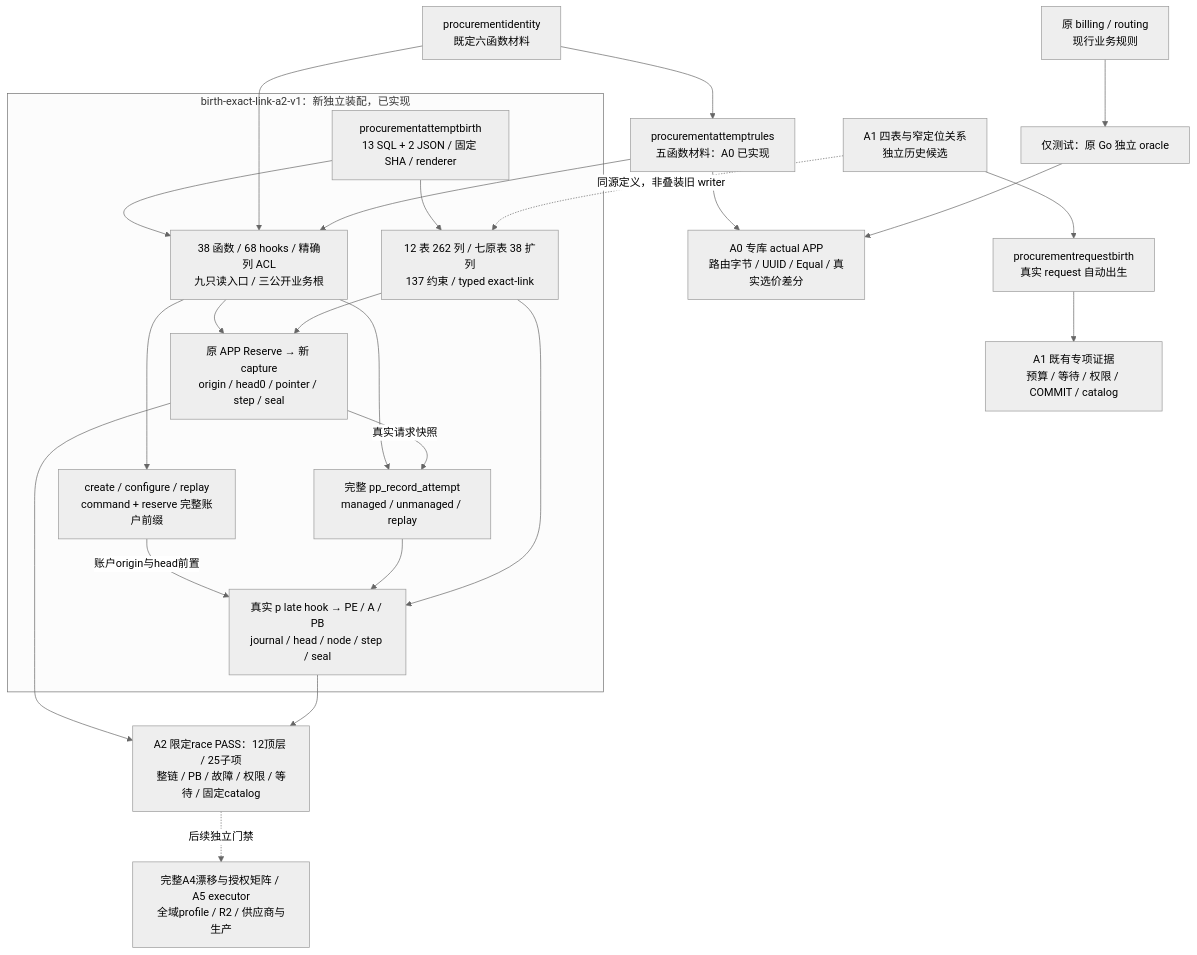
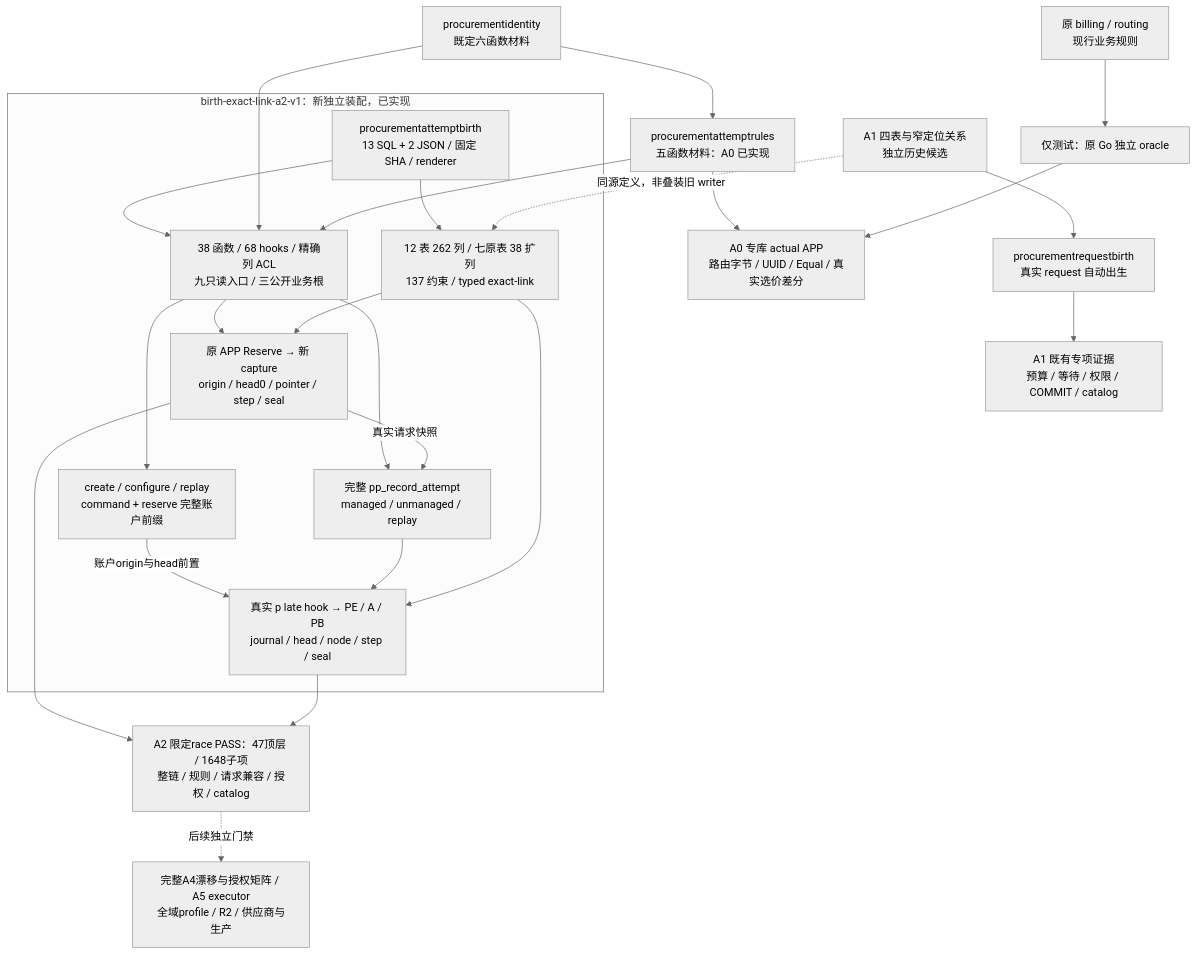
One commit to workhold/moni-aigate changed the first of 2 diagrams in docs/architecture/procurement-attempt-birth.md. Above: the diagram before and after it, drawn with Mermaid (neutral theme). The commit also changed other lines of this file and 20 other files, not shown here.

````diff
--- a/docs/architecture/procurement-attempt-birth.md
+++ b/docs/architecture/procurement-attempt-birth.md
@@ -7,34 +7,34 @@
 ```mermaid
 flowchart TD
     Original["原 billing / routing<br/>现行业务规则"] --> Oracle["仅测试：原 Go 独立 oracle"]
     Identity["procurementidentity<br/>既定六函数材料"] --> Rules["procurementattemptrules<br/>五函数材料：A0 已实现"]
     Rules --> PGTest["A0 专库 actual APP<br/>路由字节 / UUID / Equal / 真实选价差分"]
     Oracle --> PGTest
     Schema["A1 四表与窄定位关系<br/>独立历史候选"] --> Birth["procurementrequestbirth<br/>真实 request 自动出生"]
     Birth --> Matrix["A1 既有专项证据<br/>预算 / 等待 / 权限 / COMMIT / catalog"]
     subgraph Candidate["birth-exact-link-a2-v1：新独立装配，已实现"]
         Renderer["procurementattemptbirth<br/>13 SQL + 2 JSON / 固定 SHA / renderer"]
         Relations["12 表 262 列 / 七原表 38 扩列<br/>137 约束 / typed exact-link"]
         Functions["38 函数 / 68 hooks / 精确列 ACL<br/>九只读入口 / 三公开业务根"]
         Request["原 APP Reserve → 新 capture<br/>origin / head0 / pointer / step / seal"]
         Account["create / configure / replay<br/>command + reserve 完整账户前缀"]
         Attempt["完整 pp_record_attempt<br/>managed / unmanaged / replay"]
         Effects["真实 p late hook → PE / A / PB<br/>journal / head / node / step / seal"]
         Renderer --> Relations
         Renderer --> Functions
         Functions --> Request
         Functions --> Account
         Functions --> Attempt
         Request -->|真实请求快照| Attempt
         Account -->|账户origin与head前置| Effects
         Attempt --> Effects
     end
     Schema -. "同源定义，非叠装旧 writer" .-> Relations
     Identity --> Functions
     Rules --> Functions
     Relations --> Request
     Relations --> Effects
-    Request --> A2PG["A2 限定race PASS：12顶层 / 25子项<br/>整链 / PB / 故障 / 权限 / 等待 / 固定catalog"]
+    Request --> A2PG["A2 限定race PASS：47顶层 / 1648子项<br/>整链 / 规则 / 请求兼容 / 授权 / catalog"]
     Effects --> A2PG
     A2PG -. "后续独立门禁" .-> Future["完整A4漂移与授权矩阵 / A5 executor<br/>全域profile / R2 / 供应商与生产"]
 ```
````
